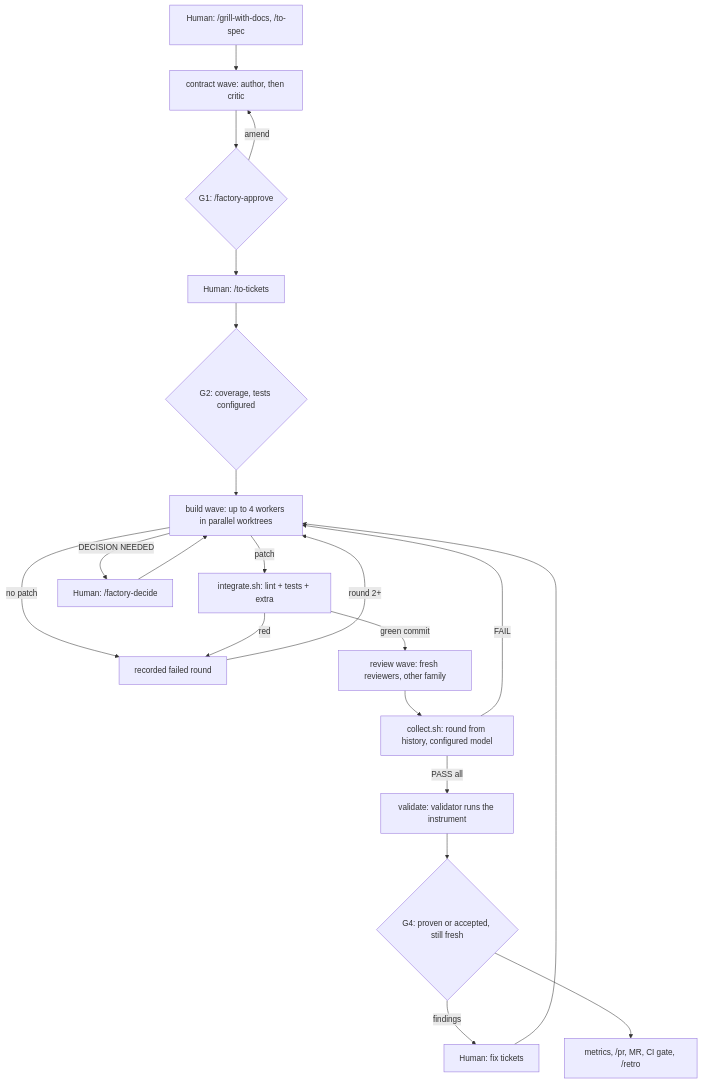
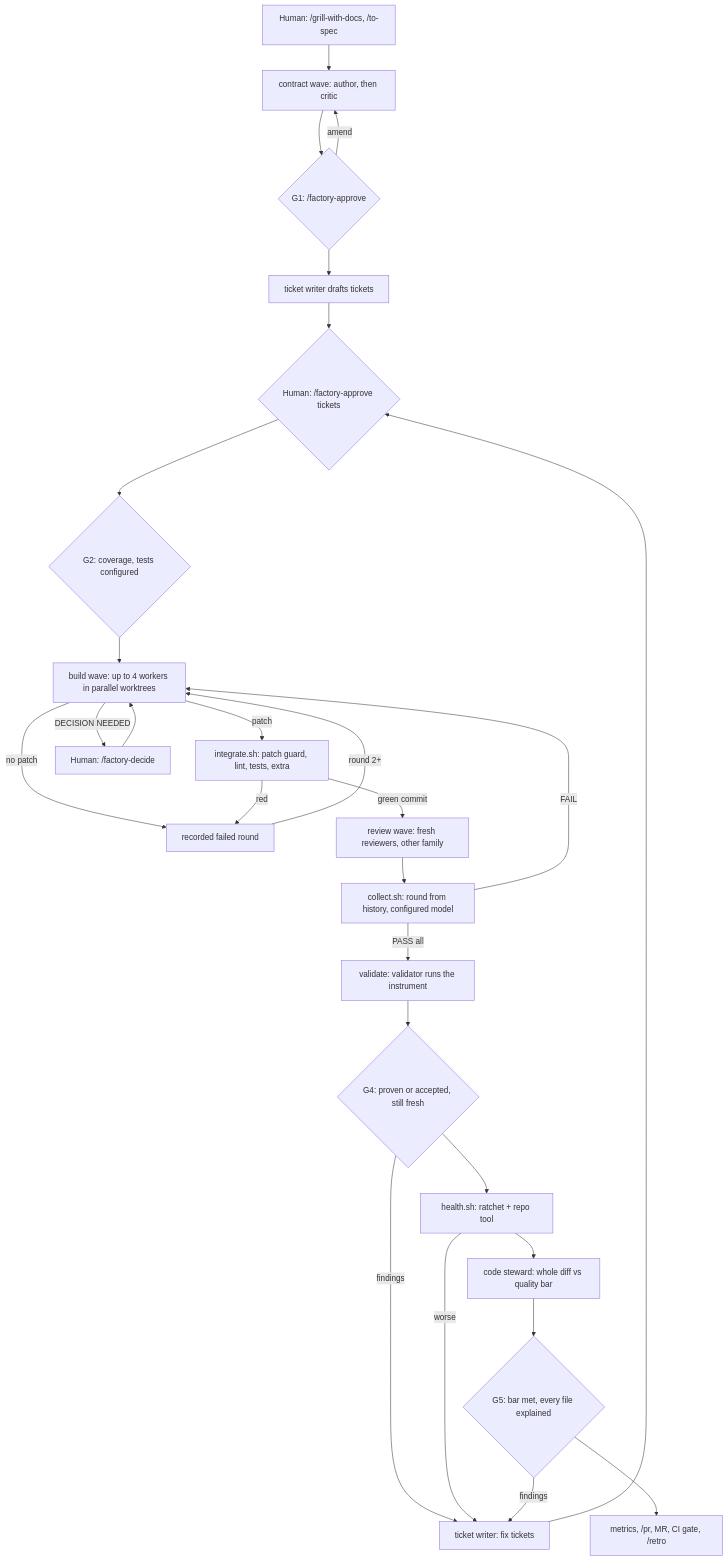
One commit to romad90/pi-factory changed the second of 2 diagrams in README.md. Above: the diagram before and after it, drawn with Mermaid. The commit also changed other lines of this file and 9 other files, not shown here.

First line of the commit message:
docs: quality bar, guards and who-does-what across all docs

````diff
--- a/README.md
+++ b/README.md
@@ -72,23 +84,29 @@
 ```mermaid
 flowchart TD
     A[Human: /grill-with-docs, /to-spec] --> B[contract wave: author, then critic]
     B --> G1{G1: /factory-approve}
     G1 -- amend --> B
-    G1 --> T[Human: /to-tickets]
-    T --> G2{G2: coverage, tests configured}
+    G1 --> T[ticket writer drafts tickets]
+    T --> TA{Human: /factory-approve tickets}
+    TA --> G2{G2: coverage, tests configured}
     G2 --> W[build wave: up to 4 workers in parallel worktrees]
-    W -- patch --> I[integrate.sh: lint + tests + extra]
+    W -- patch --> I[integrate.sh: patch guard, lint, tests, extra]
     W -- no patch --> R[recorded failed round]
     W -- DECISION NEEDED --> D[Human: /factory-decide]
     D --> W
     I -- red --> R
     R -- round 2+ --> W
     I -- green commit --> V[review wave: fresh reviewers, other family]
     V --> C[collect.sh: round from history, configured model]
     C -- FAIL --> W
     C -- PASS all --> VAL[validate: validator runs the instrument]
     VAL --> G4{G4: proven or accepted, still fresh}
-    G4 -- findings --> F[Human: fix tickets]
-    F --> W
-    G4 --> PR[metrics, /pr, MR, CI gate, /retro]
+    G4 -- findings --> F[ticket writer: fix tickets]
+    F --> TA
+    G4 --> H[health.sh: ratchet + repo tool]
+    H -- worse --> F
+    H --> S[code steward: whole diff vs quality bar]
+    S --> G5{G5: bar met, every file explained}
+    G5 -- findings --> F
+    G5 --> PR[metrics, /pr, MR, CI gate, /retro]
 ```
````
